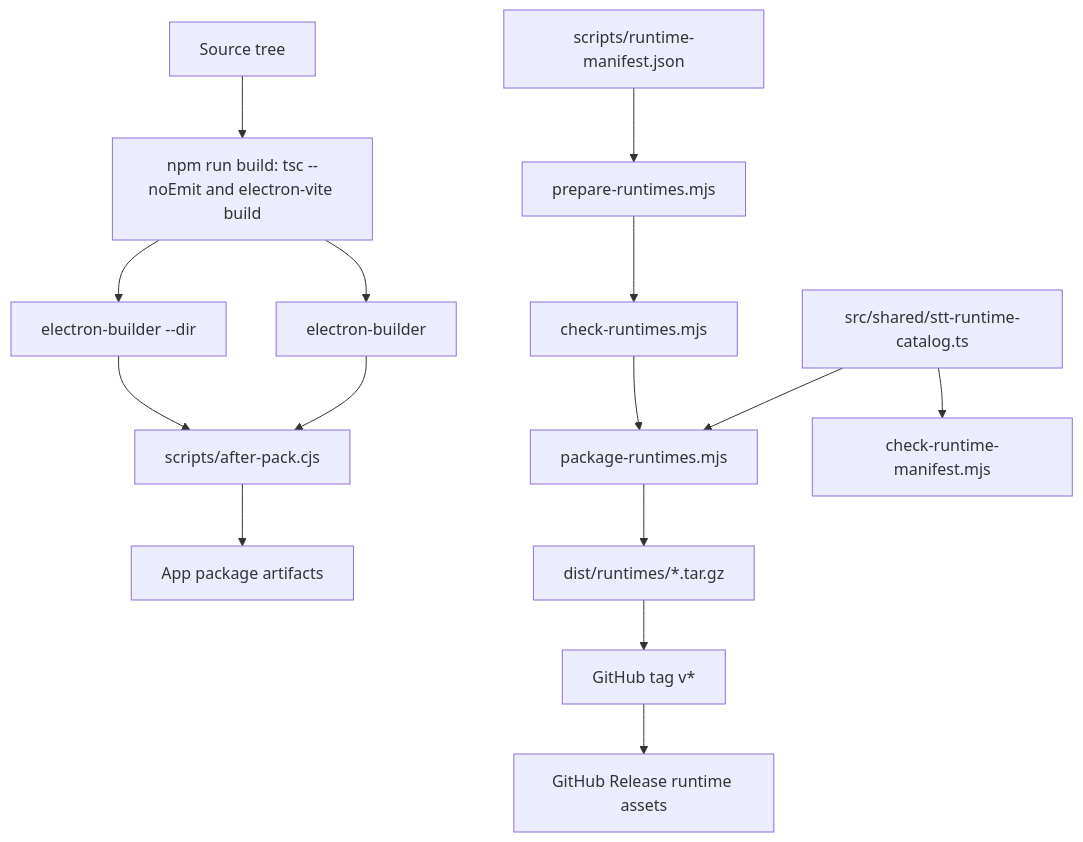
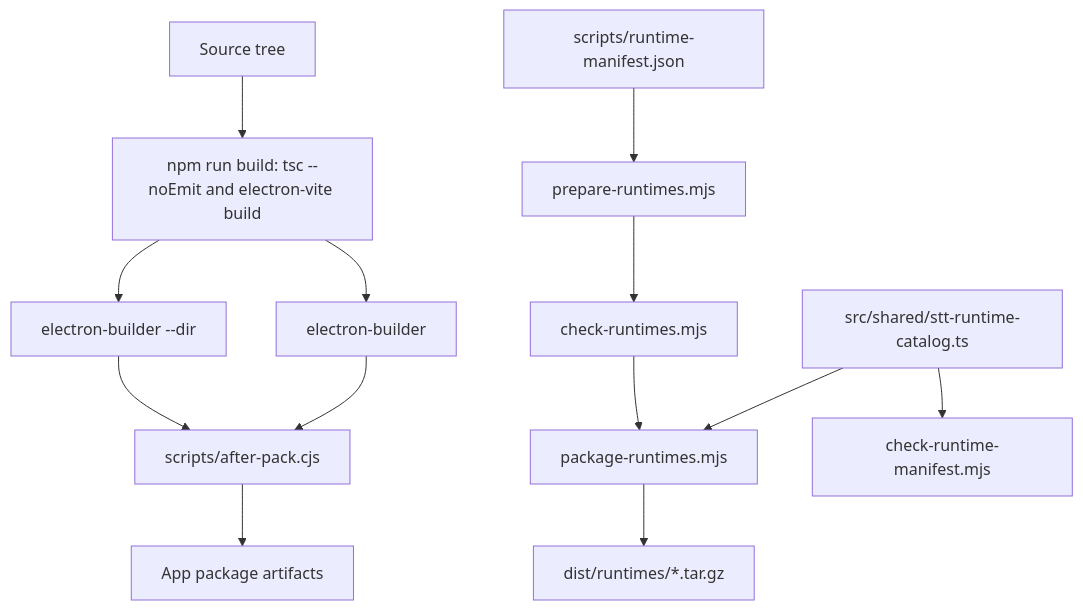
The diagram in docs/development/release-and-packaging.md (strxnd/murmur), drawn with Mermaid before and after one commit. The commit also changed other lines of this file and 1 other file, not shown here.

First line of the commit message:
Remove runtime release workflow and update packaging docs

````diff
--- a/docs/development/release-and-packaging.md
+++ b/docs/development/release-and-packaging.md
@@ -5,26 +5,23 @@
 ```mermaid
 flowchart TD
   Source["Source tree"]
   Build["npm run build: tsc --noEmit and electron-vite build"]
   Pack["electron-builder --dir"]
   Dist["electron-builder"]
   AfterPack["scripts/after-pack.cjs"]
   AppArtifacts["App package artifacts"]
 
   RuntimeManifest["scripts/runtime-manifest.json"]
   Prepare["prepare-runtimes.mjs"]
   Doctor["check-runtimes.mjs"]
   PackageRuntime["package-runtimes.mjs"]
   ManifestCheck["check-runtime-manifest.mjs"]
   RuntimeCatalog["src/shared/stt-runtime-catalog.ts"]
   RuntimeArchives["dist/runtimes/*.tar.gz"]
-  ReleaseTag["GitHub tag v*"]
-  GitHubRelease["GitHub Release runtime assets"]
 
   Source --> Build --> Pack --> AfterPack --> AppArtifacts
   Build --> Dist --> AfterPack
   RuntimeManifest --> Prepare --> Doctor --> PackageRuntime --> RuntimeArchives
   RuntimeCatalog --> PackageRuntime
   RuntimeCatalog --> ManifestCheck
-  RuntimeArchives --> ReleaseTag --> GitHubRelease
 ```
````
